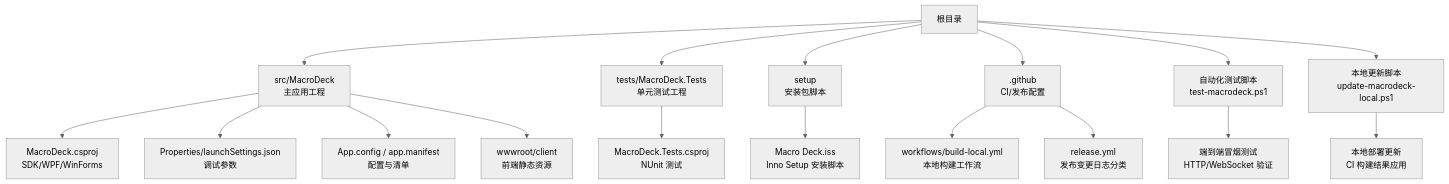
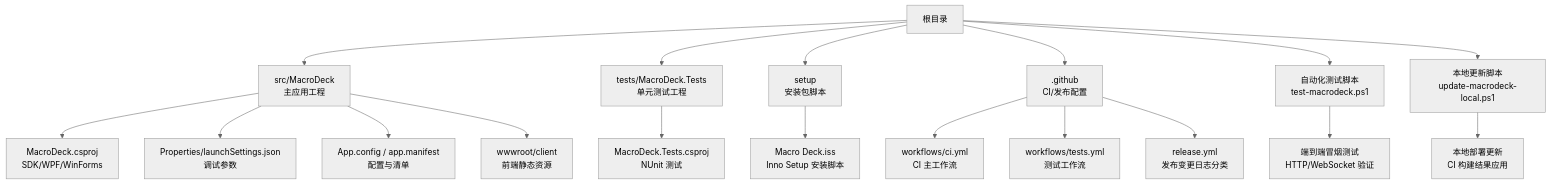
The first of 7 diagrams in .qoder/repowiki/zh/content/开发者指南/构建和部署.md (tea4go/Macro-Deck), drawn with Mermaid (neutral theme) before and after one commit. The commit also changed other lines of this file and 33 other files, not shown here.

````diff
--- a/.qoder/repowiki/zh/content/开发者指南/构建和部署.md
+++ b/.qoder/repowiki/zh/content/开发者指南/构建和部署.md
@@ -56,19 +59,20 @@
 ```mermaid
 graph TB
 A["根目录"] --> B["src/MacroDeck<br/>主应用工程"]
 A --> C["tests/MacroDeck.Tests<br/>单元测试工程"]
 A --> D["setup<br/>安装包脚本"]
 A --> E[".github<br/>CI/发布配置"]
 A --> F["自动化测试脚本<br/>test-macrodeck.ps1"]
 A --> G["本地更新脚本<br/>update-macrodeck-local.ps1"]
 B --> B1["MacroDeck.csproj<br/>SDK/WPF/WinForms"]
 B --> B2["Properties/launchSettings.json<br/>调试参数"]
 B --> B3["App.config / app.manifest<br/>配置与清单"]
 B --> B4["wwwroot/client<br/>前端静态资源"]
 C --> C1["MacroDeck.Tests.csproj<br/>NUnit 测试"]
 D --> D1["Macro Deck.iss<br/>Inno Setup 安装脚本"]
-E --> E1["workflows/build-local.yml<br/>本地构建工作流"]
-E --> E2["release.yml<br/>发布变更日志分类"]
+E --> E1["workflows/ci.yml<br/>CI 主工作流"]
+E --> E2["workflows/tests.yml<br/>测试工作流"]
+E --> E3["release.yml<br/>发布变更日志分类"]
 F --> F1["端到端冒烟测试<br/>HTTP/WebSocket 验证"]
 G --> G1["本地部署更新<br/>CI 构建结果应用"]
 ```
````
